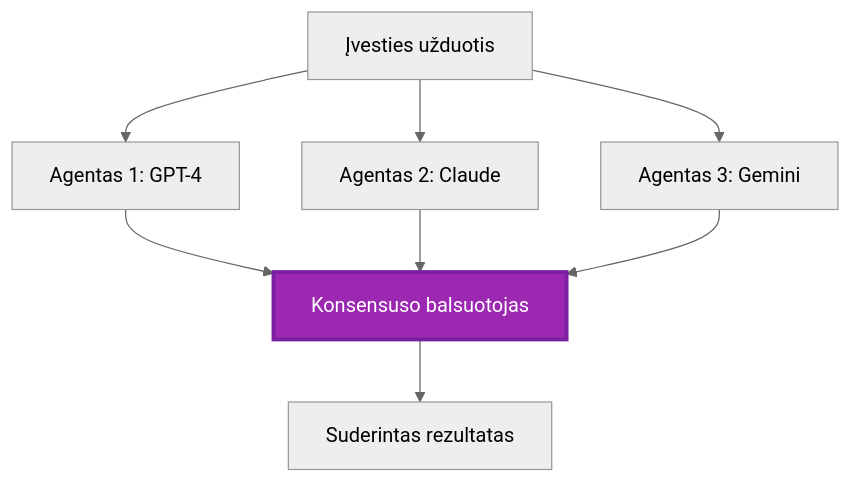
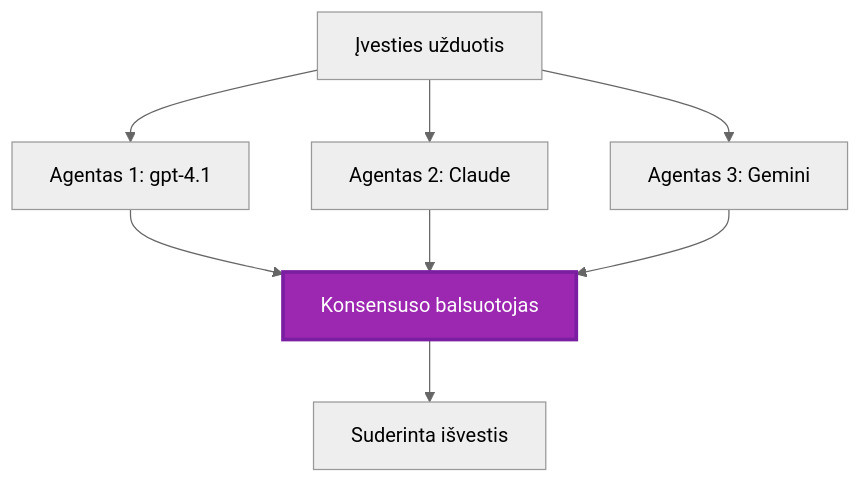
Before and after one commit to microsoft/AZD-for-beginners: the fifth of 6 diagrams in translations/lt/docs/chapter-06-pre-deployment/coordination-patterns.md, drawn with Mermaid (neutral theme). The commit also changed other lines of this file and 101 other files, not shown here.

````diff
--- a/translations/lt/docs/chapter-06-pre-deployment/coordination-patterns.md
+++ b/translations/lt/docs/chapter-06-pre-deployment/coordination-patterns.md
@@ -232,19 +226,19 @@
 ```mermaid
 graph TB
     Input[Įvesties užduotis]
-    Agent1[Agentas 1: GPT-4]
+    Agent1[Agentas 1: gpt-4.1]
     Agent2[Agentas 2: Claude]
     Agent3[Agentas 3: Gemini]
     Voter[Konsensuso balsuotojas]
-    Output[Suderintas rezultatas]
+    Output[Suderinta išvestis]
     
     Input --> Agent1
     Input --> Agent2
     Input --> Agent3
     Agent1 --> Voter
     Agent2 --> Voter
     Agent3 --> Voter
     Voter --> Output
     
     style Voter fill:#9C27B0,stroke:#7B1FA2,stroke-width:3px,color:#fff
 ```
````
